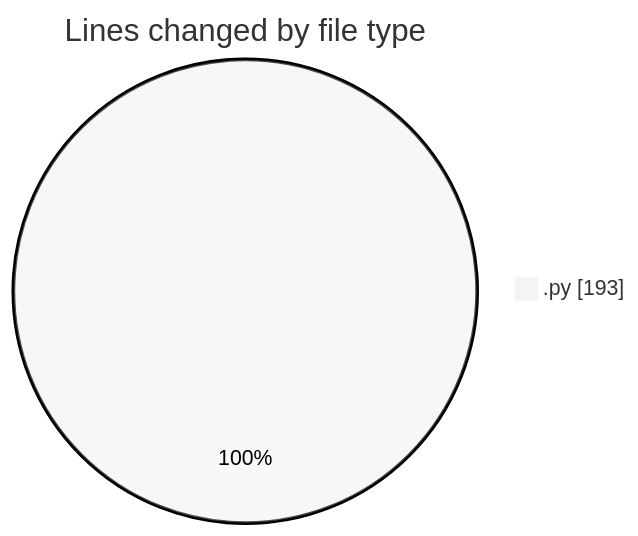
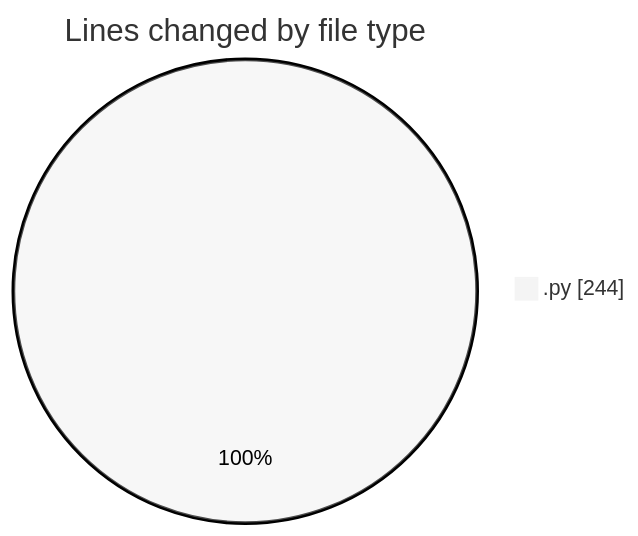
One commit to MatusMokan/code-tracking changed the first of 2 diagrams in 2025-10-25/untitled__workspace_/README.md. Above: the diagram before and after it, drawn with Mermaid (neutral theme). The commit also changed other lines of this file and 1 other file, not shown here.

````diff
--- a/2025-10-25/untitled__workspace_/README.md
+++ b/2025-10-25/untitled__workspace_/README.md
@@ -20,5 +20,5 @@
 ```mermaid
 pie showData
 title Lines changed by file type
-".py" : 193
+".py" : 244
 ```
````
